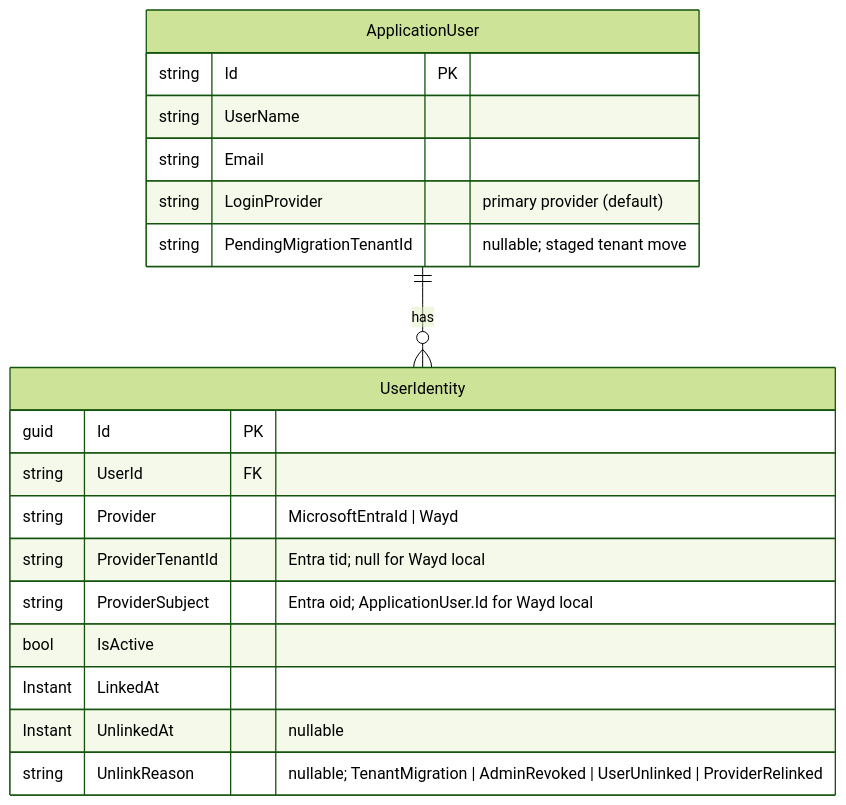
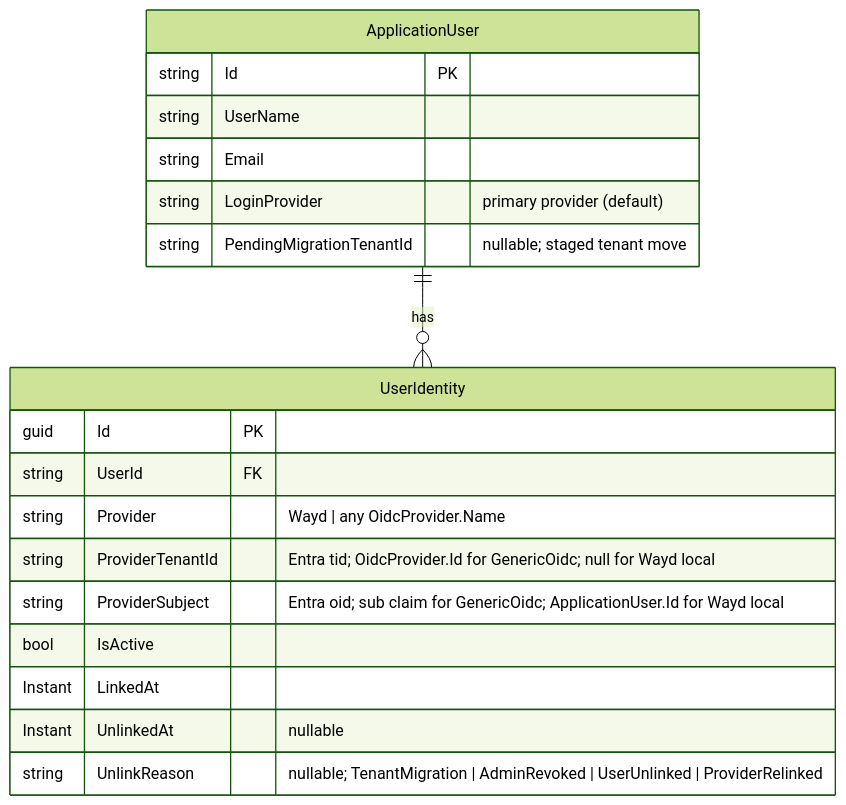
One commit to destacey/Moda changed the second of 2 diagrams in docs/contributing/configuration.mdx. Above: the diagram before and after it, drawn with Mermaid (forest theme). The commit also changed other lines of this file and 1 other file, not shown here.

First line of the commit message:
Update auth docs for DB-managed OIDC providers

````diff
--- a/docs/contributing/configuration.mdx
+++ b/docs/contributing/configuration.mdx
@@ -151,22 +179,22 @@
 ```mermaid
 erDiagram
     ApplicationUser ||--o{ UserIdentity : has
     ApplicationUser {
         string Id PK
         string UserName
         string Email
         string LoginProvider "primary provider (default)"
         string PendingMigrationTenantId "nullable; staged tenant move"
     }
     UserIdentity {
         guid Id PK
         string UserId FK
-        string Provider "MicrosoftEntraId | Wayd"
-        string ProviderTenantId "Entra tid; null for Wayd local"
-        string ProviderSubject "Entra oid; ApplicationUser.Id for Wayd local"
+        string Provider "Wayd | any OidcProvider.Name"
+        string ProviderTenantId "Entra tid; OidcProvider.Id for GenericOidc; null for Wayd local"
+        string ProviderSubject "Entra oid; sub claim for GenericOidc; ApplicationUser.Id for Wayd local"
         bool IsActive
         Instant LinkedAt
         Instant UnlinkedAt "nullable"
         string UnlinkReason "nullable; TenantMigration | AdminRevoked | UserUnlinked | ProviderRelinked"
     }
 ```
````
